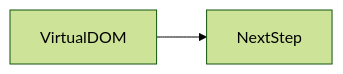
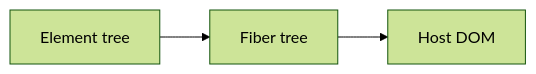
One commit to OmidJavaherii/Frontend-Engineering-Handbook changed the second of 2 diagrams in docs/en/08-jsx-and-react-runtime/virtual-dom/index.md. Above: the diagram before and after it, drawn with Mermaid (forest theme). The commit also changed other lines of this file and 461 other files, not shown here.

````diff
--- a/docs/en/08-jsx-and-react-runtime/virtual-dom/index.md
+++ b/docs/en/08-jsx-and-react-runtime/virtual-dom/index.md
@@ -97,4 +119,5 @@
 ```mermaid
 flowchart LR
-  concept[VirtualDOM] --> nextStep[NextStep]
+  Elements[Element tree] --> Fibers[Fiber tree]
+  Fibers --> DOM[Host DOM]
 ```
````
